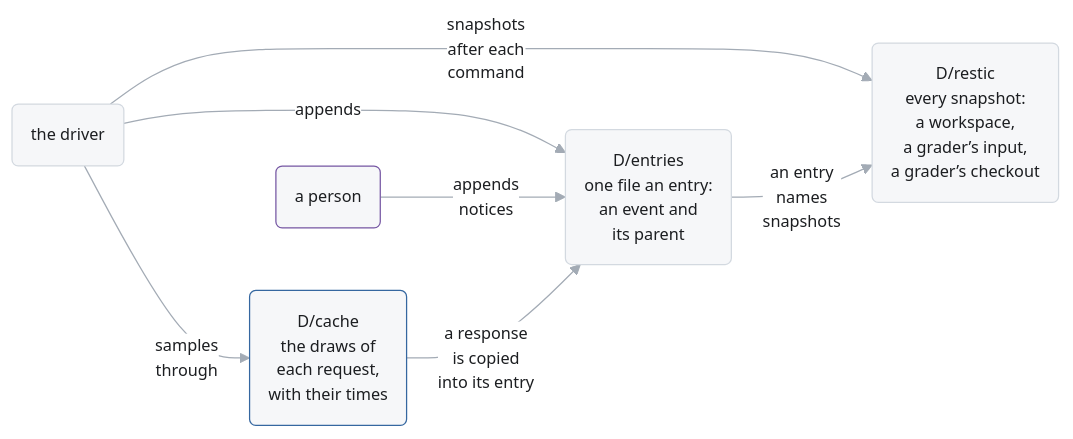
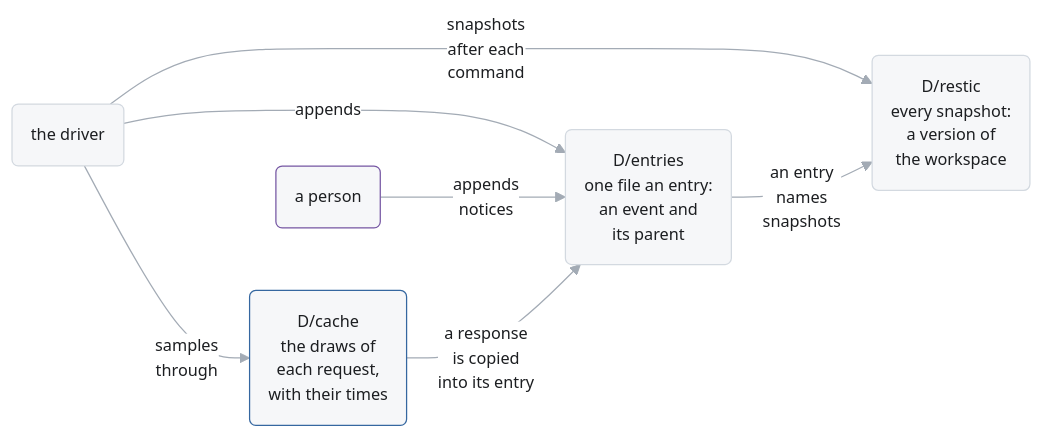
Before and after one commit to pku-xht/alaya: the first of 3 diagrams in docs/log-schema.md, drawn with Mermaid. The commit also changed other lines of this file and 79 other files, not shown here.

````diff
--- a/docs/log-schema.md
+++ b/docs/log-schema.md
@@ -7,20 +7,20 @@
 ```mermaid
 %%{init: {"theme": "base", "themeVariables": {"fontFamily": "BlinkMacSystemFont, Segoe UI, Helvetica, Arial", "fontSize": "13px", "primaryColor": "#f6f7f9", "primaryTextColor": "#1c1e21", "primaryBorderColor": "#d3d9e0", "lineColor": "#a3abb5", "textColor": "#6f7985", "edgeLabelBackground": "#ffffff", "clusterBkg": "#fafbfc", "clusterBorder": "#e3e6ea"}}}%%
 flowchart LR
   classDef sample stroke:#3567a0
   classDef notice stroke:#7556a3
 
   driver("the driver")
   person("a person"):::notice
   cache("D/cache<br/>the draws of<br/>each request,<br/>with their times"):::sample
   entries("D/entries<br/>one file an entry:<br/>an event and<br/>its parent")
-  restic("D/restic<br/>every snapshot:<br/>a workspace,<br/>a grader’s input,<br/>a grader’s checkout")
+  restic("D/restic<br/>every snapshot:<br/>a version of<br/>the workspace")
 
   driver -- "samples<br/>through" --> cache
   driver -- "appends" --> entries
   driver -- "snapshots<br/>after each<br/>command" --> restic
   person -- "appends<br/>notices" --> entries
   cache -- "a response<br/>is copied<br/>into its entry" --> entries
   entries -- "an entry<br/>names<br/>snapshots" --> restic
   linkStyle default stroke-width:1px
 ```
````
